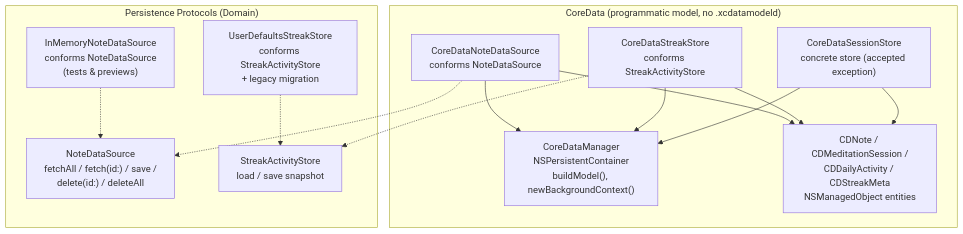
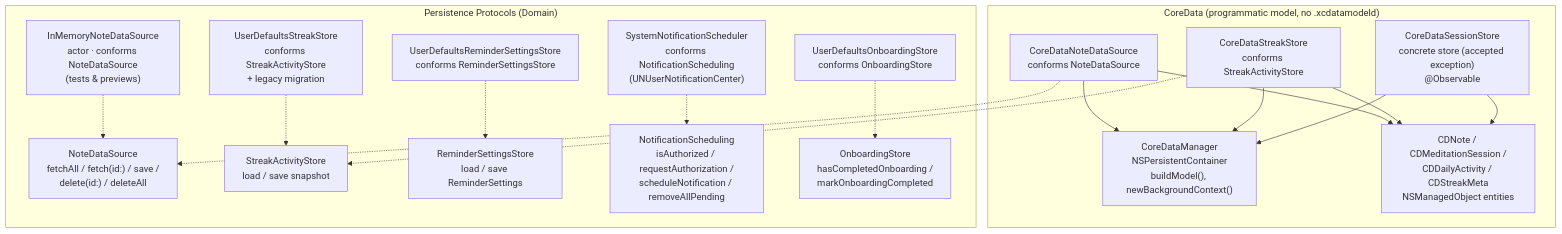
One commit to kwazzar/MeditateAndNote changed the sixth of 8 diagrams in ARCHITECTURE.md. Above: the diagram before and after it, drawn with Mermaid. The commit also changed other lines of this file, not shown here.

Commit message:
docs: update ARCHITECTURE.md for onboarding, reminders, streak insights and concurrency changes

````diff
--- a/ARCHITECTURE.md
+++ b/ARCHITECTURE.md
@@ -222,29 +312,38 @@
 ```mermaid
 graph TB
     subgraph SQLite["CoreData (programmatic model, no .xcdatamodeld)"]
         CDM["CoreDataManager<br/>NSPersistentContainer<br/>buildModel(), newBackgroundContext()"]
         CDNote["CoreDataNoteDataSource<br/>conforms NoteDataSource"]
         CDStreak["CoreDataStreakStore<br/>conforms StreakActivityStore"]
-        CDSession["CoreDataSessionStore<br/>concrete store (accepted exception)"]
+        CDSession["CoreDataSessionStore<br/>concrete store (accepted exception)<br/>@Observable"]
 
         CDEvent["CDNote / CDMeditationSession /<br/>CDDailyActivity / CDStreakMeta<br/>NSManagedObject entities"]
     end
 
     subgraph Contracts["Persistence Protocols (Domain)"]
         ND["NoteDataSource<br/>fetchAll / fetch(id:) / save /<br/>delete(id:) / deleteAll"]
         SA["StreakActivityStore<br/>load / save snapshot"]
-        IM["InMemoryNoteDataSource<br/>conforms NoteDataSource<br/>(tests & previews)"]
+        RS["ReminderSettingsStore<br/>load / save ReminderSettings"]
+        NS["NotificationScheduling<br/>isAuthorized / requestAuthorization /<br/>scheduleNotification / removeAllPending"]
+        OS["OnboardingStore<br/>hasCompletedOnboarding /<br/>markOnboardingCompleted"]
+        IM["InMemoryNoteDataSource<br/>actor · conforms NoteDataSource<br/>(tests & previews)"]
         UDS["UserDefaultsStreakStore<br/>conforms StreakActivityStore<br/>+ legacy migration"]
+        UDReminder["UserDefaultsReminderSettingsStore<br/>conforms ReminderSettingsStore"]
+        SysSched["SystemNotificationScheduler<br/>conforms NotificationScheduling<br/>(UNUserNotificationCenter)"]
+        UDOnb["UserDefaultsOnboardingStore<br/>conforms OnboardingStore"]
     end
 
     CDNote -.-> ND
     IM -.-> ND
     CDStreak -.-> SA
     UDS -.-> SA
+    UDReminder -.-> RS
+    SysSched -.-> NS
+    UDOnb -.-> OS
     CDNote --> CDM
     CDStreak --> CDM
     CDSession --> CDM
     CDNote --> CDEvent
     CDStreak --> CDEvent
     CDSession --> CDEvent
 ```
````
